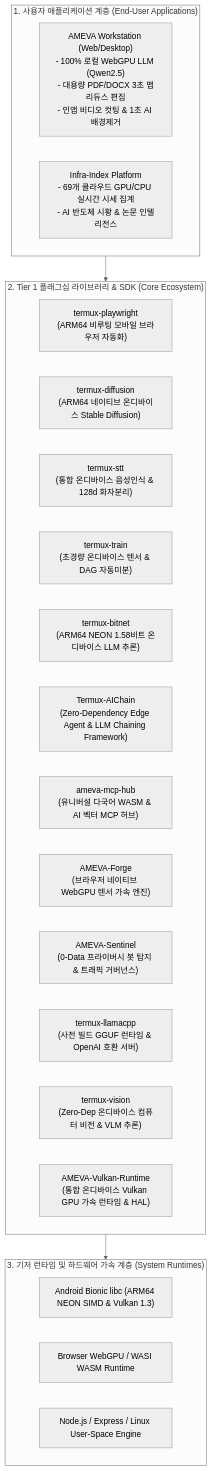
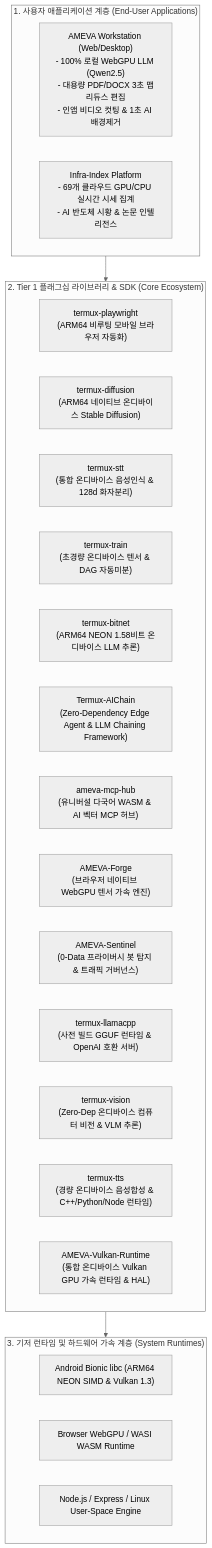
One commit to uno-km/uno-km changed the diagram in FOUNDATION.md. Above: the diagram before and after it, drawn with Mermaid (neutral theme). The commit also changed other lines of this file and 36 other files, not shown here.

````diff
--- a/FOUNDATION.md
+++ b/FOUNDATION.md
@@ -80,31 +80,32 @@
 ```mermaid
 flowchart TD
     subgraph AppLayer ["1. 사용자 애플리케이션 계층 (End-User Applications)"]
         Workstation["AMEVA Workstation (Web/Desktop)<br/>- 100% 로컬 WebGPU LLM (Qwen2.5)<br/>- 대용량 PDF/DOCX 3초 맵리듀스 편집<br/>- 인앱 비디오 컷팅 & 1초 AI 배경제거"]
         InfraIndex["Infra-Index Platform<br/>- 69개 클라우드 GPU/CPU 실시간 시세 집계<br/>- AI 반도체 시황 & 논문 인텔리전스"]
     end
 
     subgraph CoreLibs ["2. Tier 1 플래그십 라이브러리 & SDK (Core Ecosystem)"]
         Playwright["termux-playwright<br/>(ARM64 비루팅 모바일 브라우저 자동화)"]
         Diffusion["termux-diffusion<br/>(ARM64 네이티브 온디바이스 Stable Diffusion)"]
         STT["termux-stt<br/>(통합 온디바이스 음성인식 & 128d 화자분리)"]
         Train["termux-train<br/>(초경량 온디바이스 텐서 & DAG 자동미분)"]
         BitNet["termux-bitnet<br/>(ARM64 NEON 1.58비트 온디바이스 LLM 추론)"]
         AIChain["Termux-AIChain<br/>(Zero-Dependency Edge Agent & LLM Chaining Framework)"]
         MCPHub["ameva-mcp-hub<br/>(유니버설 다국어 WASM & AI 벡터 MCP 허브)"]
         Forge["AMEVA-Forge<br/>(브라우저 네이티브 WebGPU 텐서 가속 엔진)"]
         Sentinel["AMEVA-Sentinel<br/>(0-Data 프라이버시 봇 탐지 & 트래픽 거버넌스)"]
         LlamaCpp["termux-llamacpp<br/>(사전 빌드 GGUF 런타임 & OpenAI 호환 서버)"]
         Vision["termux-vision<br/>(Zero-Dep 온디바이스 컴퓨터 비전 & VLM 추론)"]
+        TTS["termux-tts<br/>(경량 온디바이스 음성합성 & C++/Python/Node 런타임)"]
         VulkanRuntime["AMEVA-Vulkan-Runtime<br/>(통합 온디바이스 Vulkan GPU 가속 런타임 & HAL)"]
     end
 
     subgraph RuntimeLayer ["3. 기저 런타임 및 하드웨어 가속 계층 (System Runtimes)"]
         AndroidBionic["Android Bionic libc (ARM64 NEON SIMD & Vulkan 1.3)"]
         WebGPU_WASM["Browser WebGPU / WASI WASM Runtime"]
         NodeLinux["Node.js / Express / Linux User-Space Engine"]
     end
 
     AppLayer --> CoreLibs
     CoreLibs --> RuntimeLayer
 ```
````
